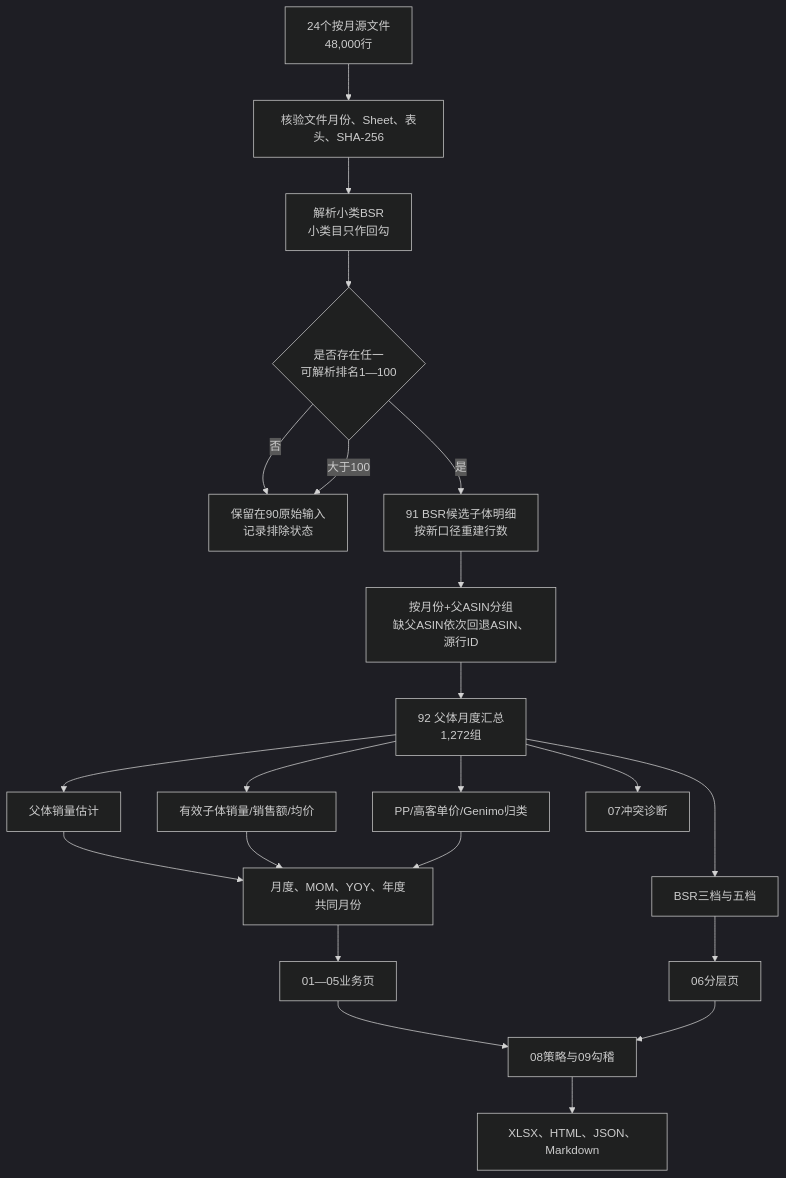
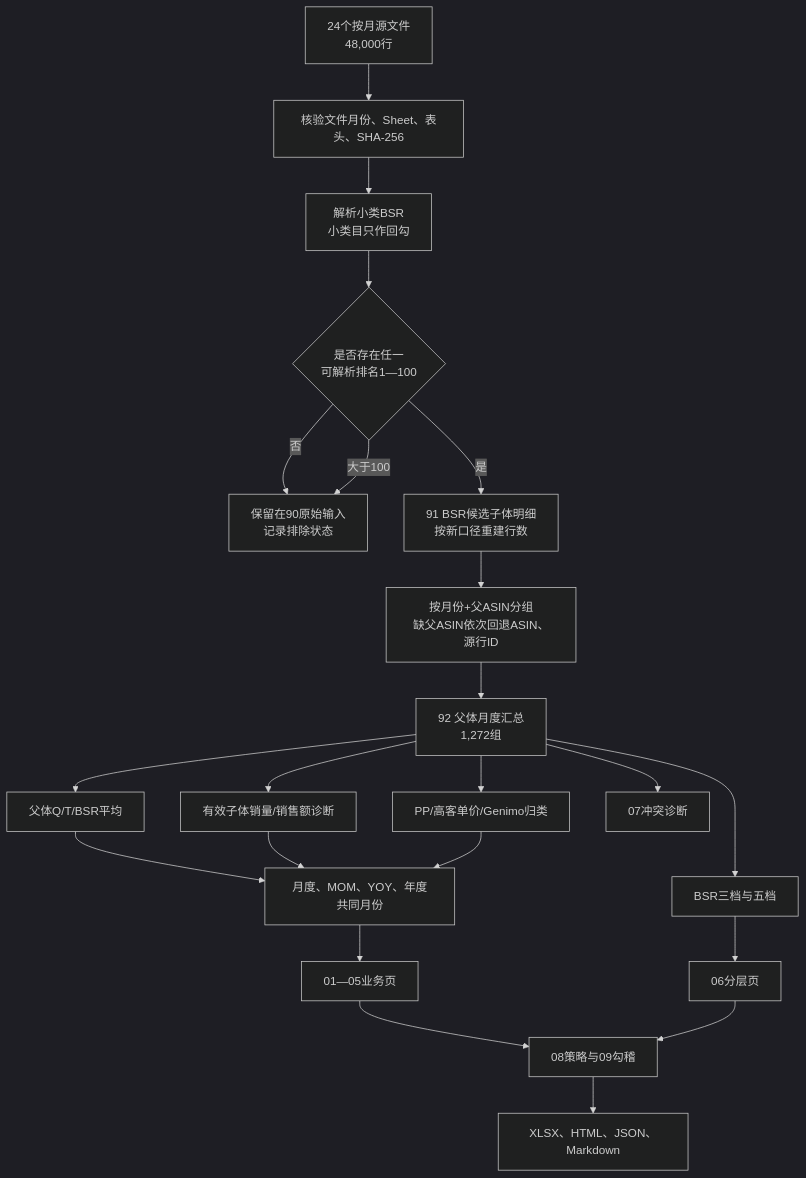
The diagram in docs/数据处理流程与人工验算-20260922.md (theZhouverse/t5-outdoor-rug-market-analysis), drawn with Mermaid (dark theme) before and after one commit. The commit also changed other lines of this file and 4 other files, not shown here.

````diff
--- a/docs/数据处理流程与人工验算-20260922.md
+++ b/docs/数据处理流程与人工验算-20260922.md
@@ -32,24 +32,24 @@
 ```mermaid
 flowchart TD
   A[24个按月源文件<br/>48,000行] --> B[核验文件月份、Sheet、表头、SHA-256]
   B --> C[解析小类BSR<br/>小类目只作回勾]
   C --> D{是否存在任一<br/>可解析排名1—100}
   D -->|否| E[保留在90原始输入<br/>记录排除状态]
   D -->|是| F[91 BSR候选子体明细<br/>按新口径重建行数]
   D -->|大于100| E
   F --> G[按月份+父ASIN分组<br/>缺父ASIN依次回退ASIN、源行ID]
   G --> H[92 父体月度汇总<br/>1,272组]
-  H --> I[父体销量估计]
-  H --> J[有效子体销量/销售额/均价]
+   H --> I[父体Q/T/BSR平均]
+   H --> J[有效子体销量/销售额诊断]
   H --> K[PP/高客单价/Genimo归类]
   I --> L[月度、MOM、YOY、年度共同月份]
   J --> L
   K --> L
   H --> M[BSR三档与五档]
   L --> N[01—05业务页]
   M --> O[06分层页]
   H --> P[07冲突诊断]
   N --> Q[08策略与09勾稽]
   O --> Q
   Q --> R[XLSX、HTML、JSON、Markdown]
 ```
````
